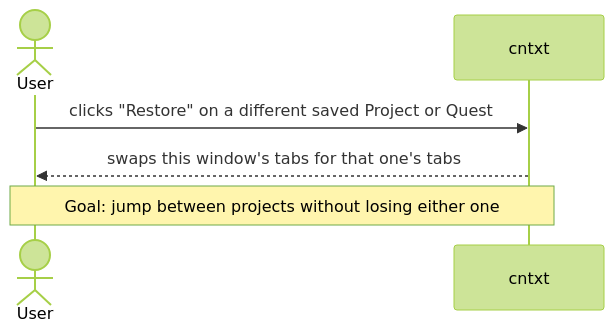
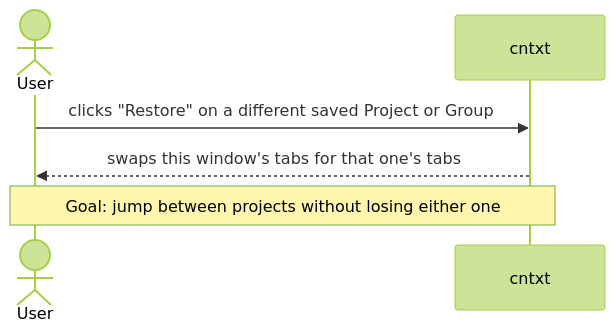
One commit to enyhma/cntxt changed the tenth of 11 diagrams in docs/workflows.md. Above: the diagram before and after it, drawn with Mermaid (forest theme). The commit also changed other lines of this file and 7 other files, not shown here.

First line of the commit message:
docs: rename Quest to Group across CLAUDE.md and docs/

````diff
--- a/docs/workflows.md
+++ b/docs/workflows.md
@@ -248,9 +248,9 @@
 ```mermaid
 sequenceDiagram
     actor User
     participant cntxt
 
-    User->>cntxt: clicks "Restore" on a different saved Project or Quest
+    User->>cntxt: clicks "Restore" on a different saved Project or Group
     cntxt-->>User: swaps this window's tabs for that one's tabs
     Note over User,cntxt: Goal: jump between projects without losing either one
 ```
````
